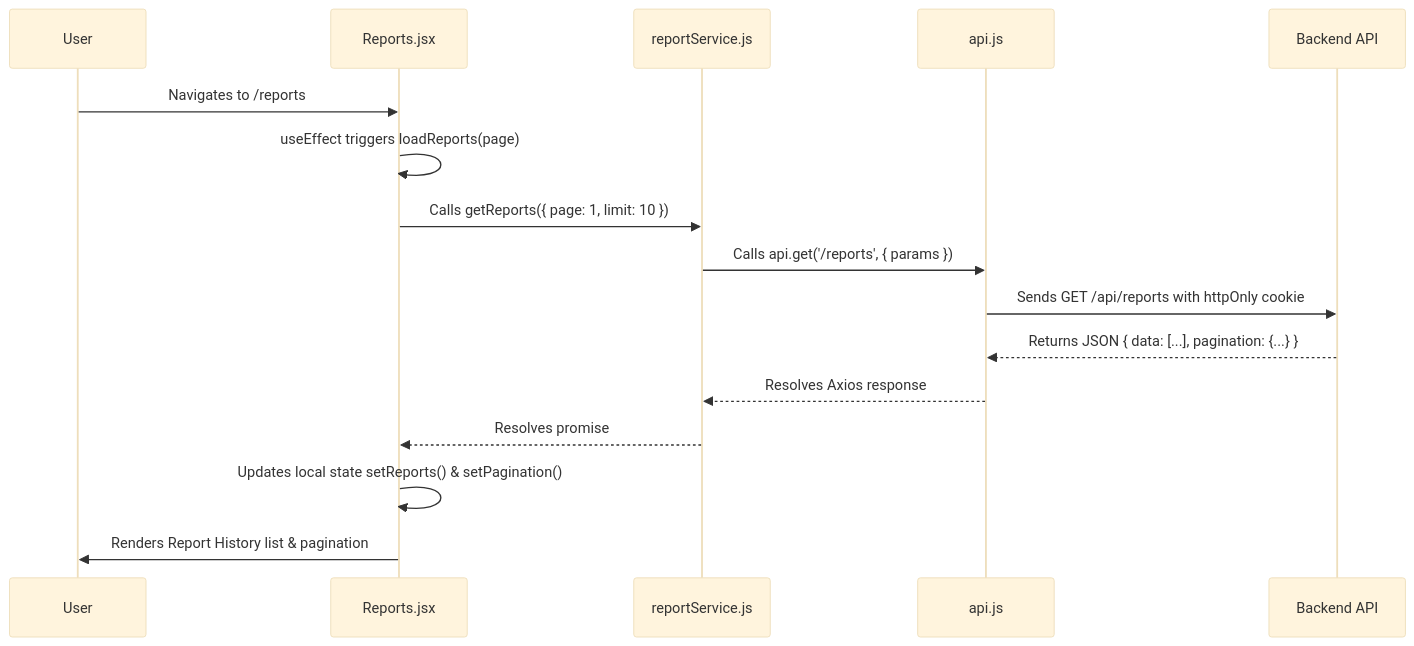
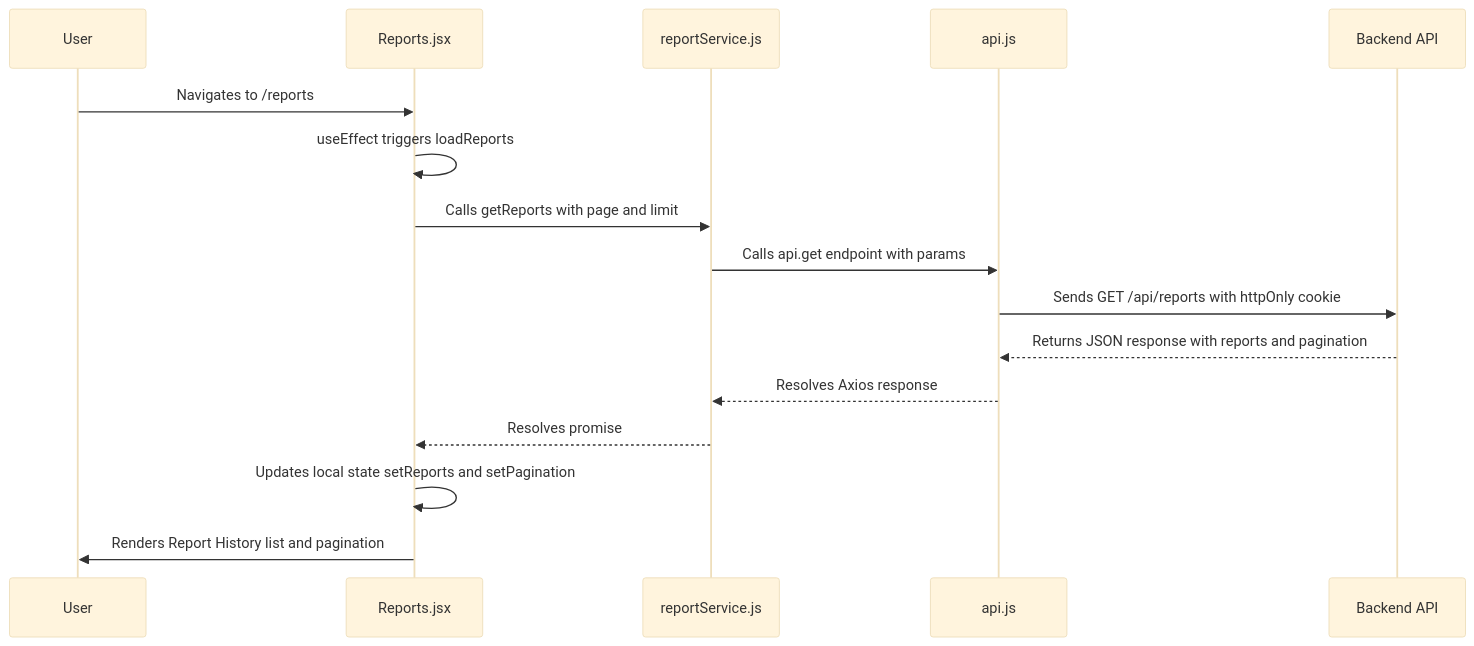
Before and after one commit to rudra1337-dev/loop: the second of 2 diagrams in docs/architecture-frontend.md, drawn with Mermaid (base theme). The commit also changed other lines of this file and 2 other files, not shown here.

Commit message:
docs(architecture): fix Mermaid diagram syntax errors for GitHub renderer

````diff
--- a/docs/architecture-frontend.md
+++ b/docs/architecture-frontend.md
@@ -72,19 +72,19 @@
 ```mermaid
 sequenceDiagram
     participant User
     participant ReportsPage as Reports.jsx
     participant ReportService as reportService.js
     participant AxiosApi as api.js
     participant Backend as Backend API
 
     User->>ReportsPage: Navigates to /reports
-    ReportsPage->>ReportsPage: useEffect triggers loadReports(page)
-    ReportsPage->>ReportService: Calls getReports({ page: 1, limit: 10 })
-    ReportService->>AxiosApi: Calls api.get('/reports', { params })
+    ReportsPage->>ReportsPage: useEffect triggers loadReports
+    ReportsPage->>ReportService: Calls getReports with page and limit
+    ReportService->>AxiosApi: Calls api.get endpoint with params
     AxiosApi->>Backend: Sends GET /api/reports with httpOnly cookie
-    Backend-->>AxiosApi: Returns JSON { data: [...], pagination: {...} }
+    Backend-->>AxiosApi: Returns JSON response with reports and pagination
     AxiosApi-->>ReportService: Resolves Axios response
     ReportService-->>ReportsPage: Resolves promise
-    ReportsPage->>ReportsPage: Updates local state setReports() & setPagination()
-    ReportsPage->>User: Renders Report History list & pagination
+    ReportsPage->>ReportsPage: Updates local state setReports and setPagination
+    ReportsPage->>User: Renders Report History list and pagination
 ```
````
